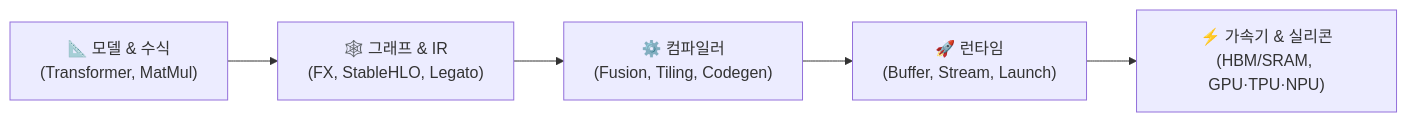
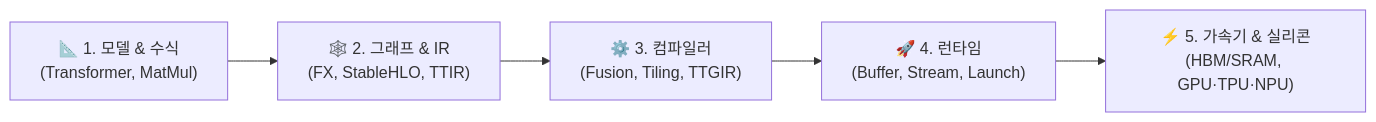
Before and after one commit to legato-user-group/tensor2silicon-lab: the diagram in docs/intro/overview.md, drawn with Mermaid. The commit also changed other lines of this file and 95 other files, not shown here.

````diff
--- a/docs/intro/overview.md
+++ b/docs/intro/overview.md
@@ -42,7 +39,7 @@
 ```mermaid
 flowchart LR
-    A["📐 모델 & 수식<br/>(Transformer, MatMul)"] --> B["🕸️ 그래프 & IR<br/>(FX, StableHLO, Legato)"]
-    B --> C["⚙️ 컴파일러<br/>(Fusion, Tiling, Codegen)"]
-    C --> D["🚀 런타임<br/>(Buffer, Stream, Launch)"]
-    D --> E["⚡ 가속기 & 실리콘<br/>(HBM/SRAM, GPU·TPU·NPU)"]
+    A["📐 1. 모델 & 수식<br/>(Transformer, MatMul)"] --> B["🕸️ 2. 그래프 & IR<br/>(FX, StableHLO, TTIR)"]
+    B --> C["⚙️ 3. 컴파일러<br/>(Fusion, Tiling, TTGIR)"]
+    C --> D["🚀 4. 런타임<br/>(Buffer, Stream, Launch)"]
+    D --> E["⚡ 5. 가속기 & 실리콘<br/>(HBM/SRAM, GPU·TPU·NPU)"]
 ```
````
